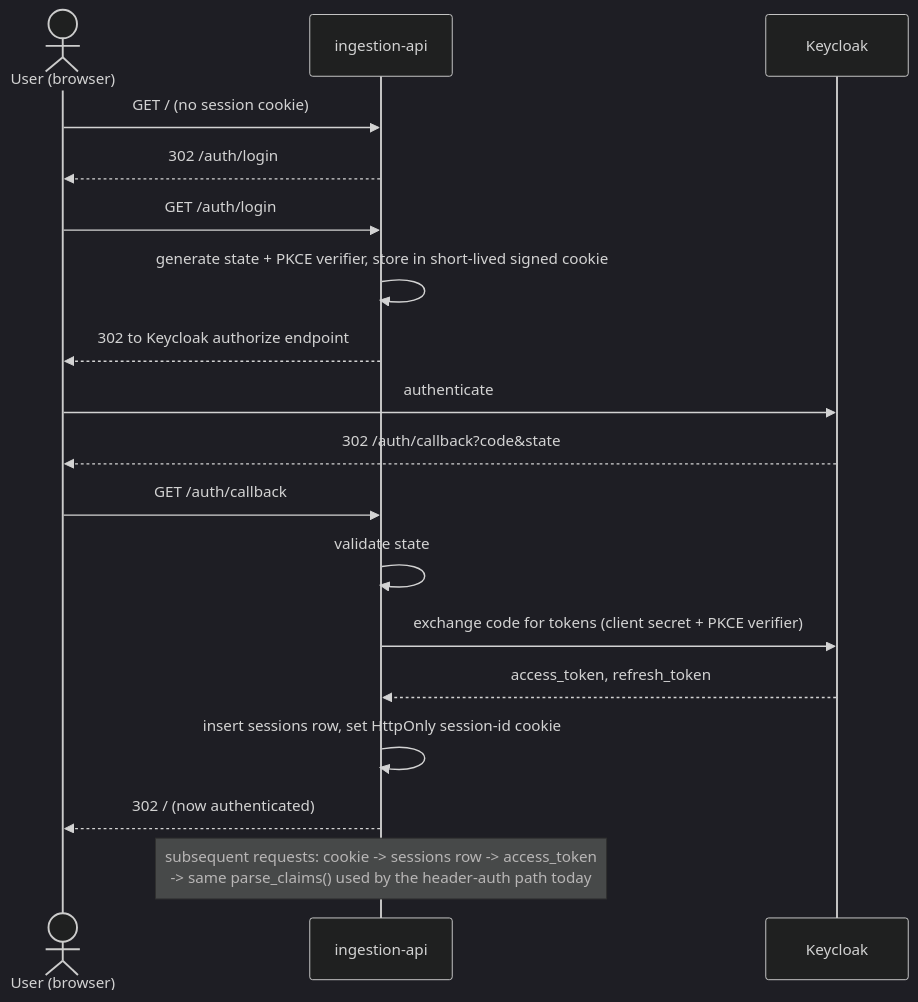
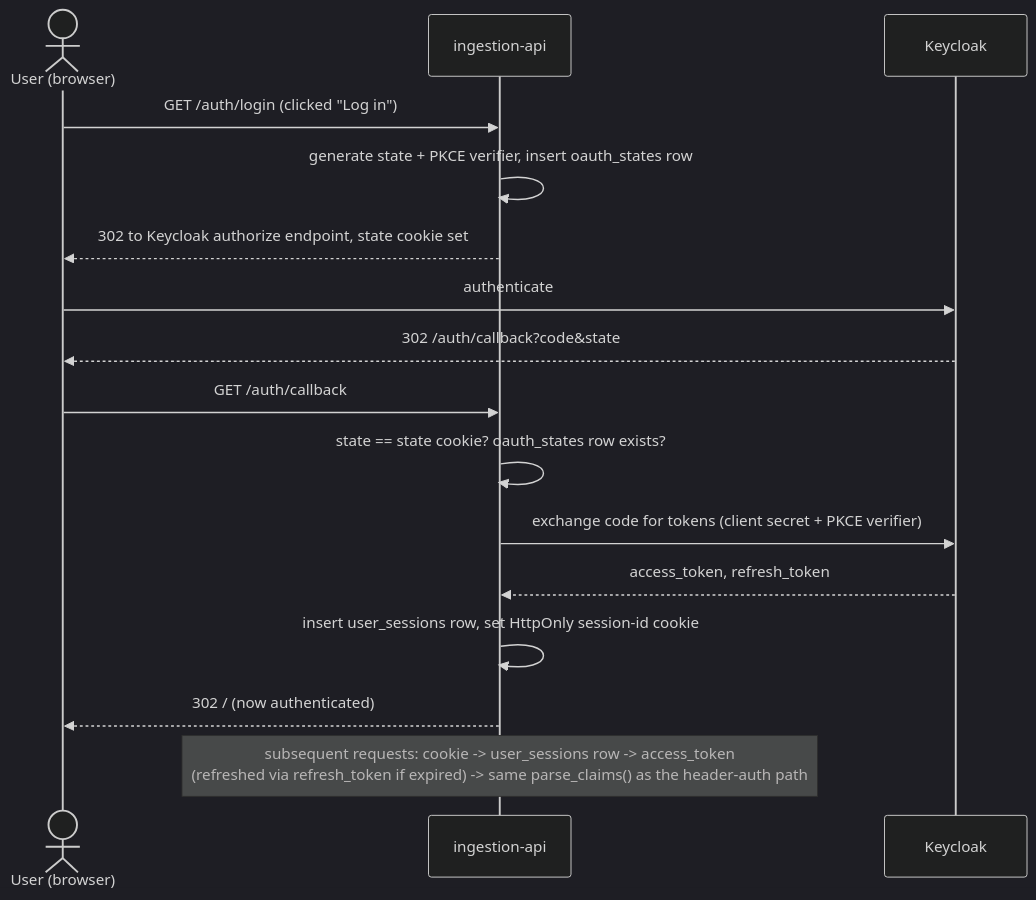
One commit to schuecl/nexus-rag changed the sixth of 8 diagrams in ARCHITECTURE.md. Above: the diagram before and after it, drawn with Mermaid (dark theme). The commit also changed other lines of this file and 9 other files, not shown here.

First line of the commit message:
Implement browser OIDC Authorization Code + PKCE login for ingestion UI (#35)

````diff
--- a/ARCHITECTURE.md
+++ b/ARCHITECTURE.md
@@ -196,21 +198,19 @@
 ```mermaid
 sequenceDiagram
     actor U as User (browser)
     participant I as ingestion-api
     participant KC as Keycloak
 
-    U->>I: GET / (no session cookie)
-    I-->>U: 302 /auth/login
-    U->>I: GET /auth/login
-    I->>I: generate state + PKCE verifier, store in short-lived signed cookie
-    I-->>U: 302 to Keycloak authorize endpoint
+    U->>I: GET /auth/login (clicked "Log in")
+    I->>I: generate state + PKCE verifier, insert oauth_states row
+    I-->>U: 302 to Keycloak authorize endpoint, state cookie set
     U->>KC: authenticate
     KC-->>U: 302 /auth/callback?code&state
     U->>I: GET /auth/callback
-    I->>I: validate state
+    I->>I: state == state cookie? oauth_states row exists?
     I->>KC: exchange code for tokens (client secret + PKCE verifier)
     KC-->>I: access_token, refresh_token
-    I->>I: insert sessions row, set HttpOnly session-id cookie
+    I->>I: insert user_sessions row, set HttpOnly session-id cookie
     I-->>U: 302 / (now authenticated)
-    Note over I: subsequent requests: cookie -> sessions row -> access_token<br/>-> same parse_claims() used by the header-auth path today
+    Note over I: subsequent requests: cookie -> user_sessions row -> access_token<br/>(refreshed via refresh_token if expired) -> same parse_claims() as the header-auth path
 ```
````
